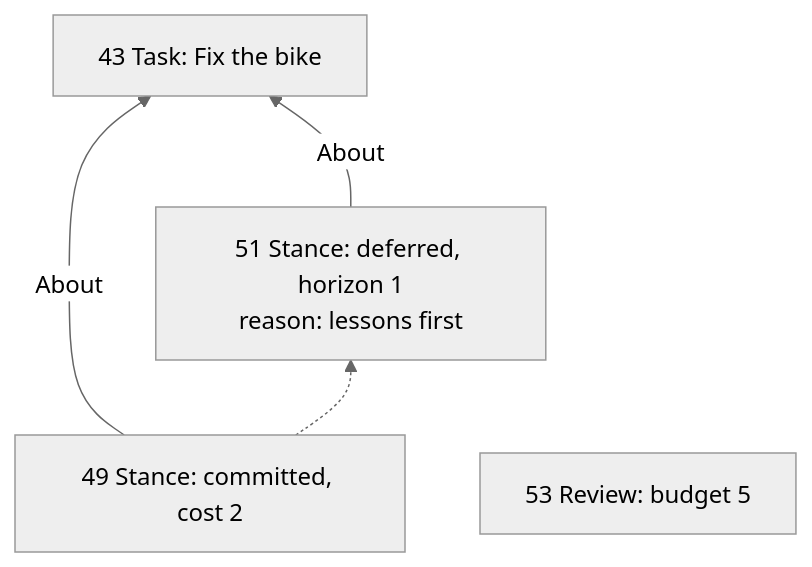
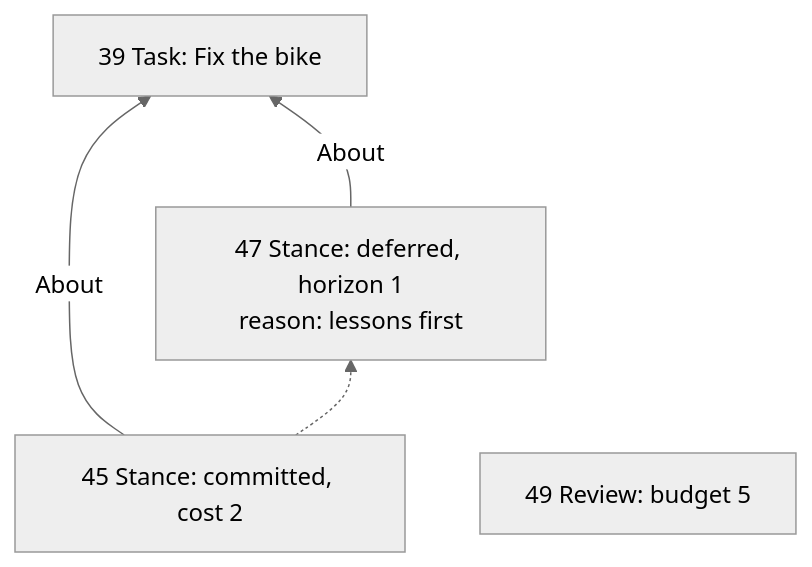
One commit to RezaOnGithub/lifecore changed the sixth of 13 diagrams in docs/PLANNING-EXPLAINER.md. Above: the diagram before and after it, drawn with Mermaid (neutral theme). The commit also changed other lines of this file and 3 other files, not shown here.

````diff
--- a/docs/PLANNING-EXPLAINER.md
+++ b/docs/PLANNING-EXPLAINER.md
@@ -681,8 +658,8 @@
 ```mermaid
 flowchart BT
-    C["43 Task: Fix the bike"]
-    SC["49 Stance: committed, cost 2"] -- About --> C
-    SC -.-> SC2["51 Stance: deferred, horizon 1<br/>reason: lessons first"]
+    C["39 Task: Fix the bike"]
+    SC["45 Stance: committed, cost 2"] -- About --> C
+    SC -.-> SC2["47 Stance: deferred, horizon 1<br/>reason: lessons first"]
     SC2 -- About --> C
-    R["53 Review: budget 5"]
+    R["49 Review: budget 5"]
 ```
````
